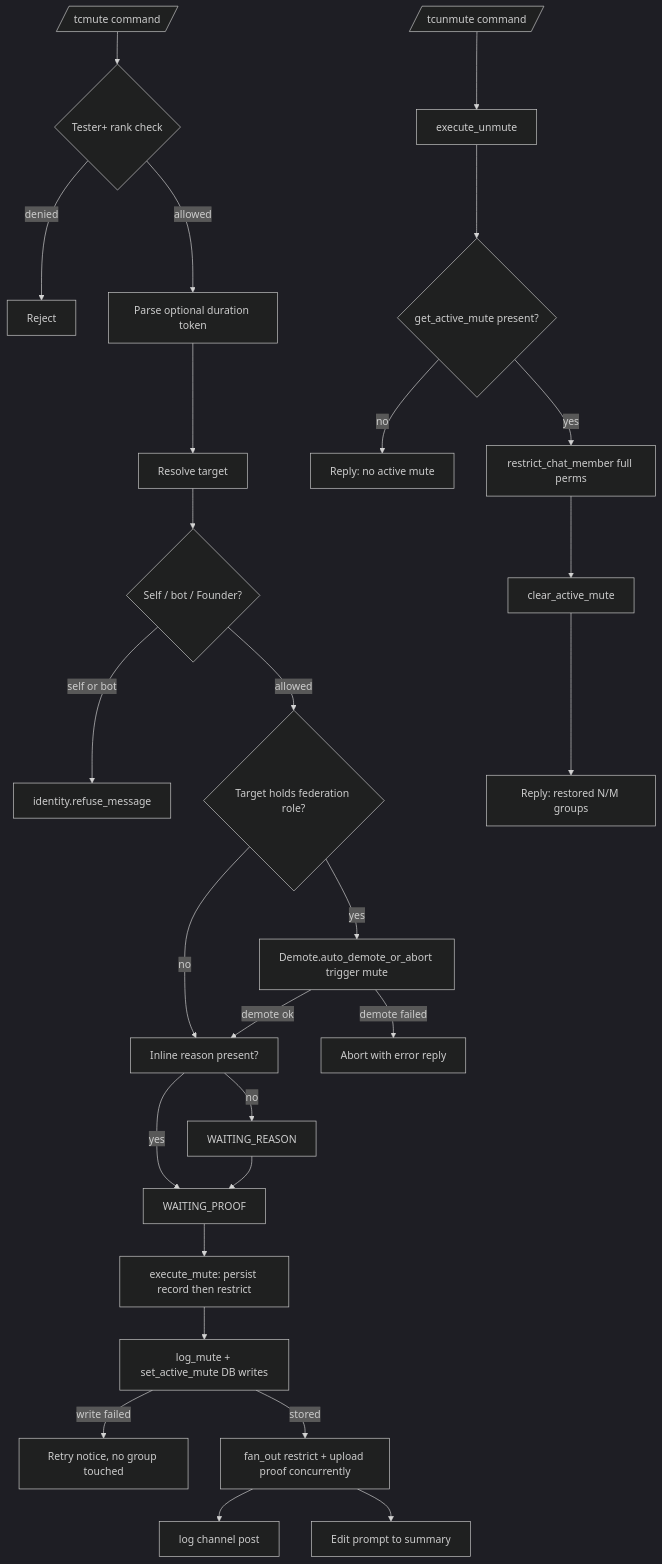
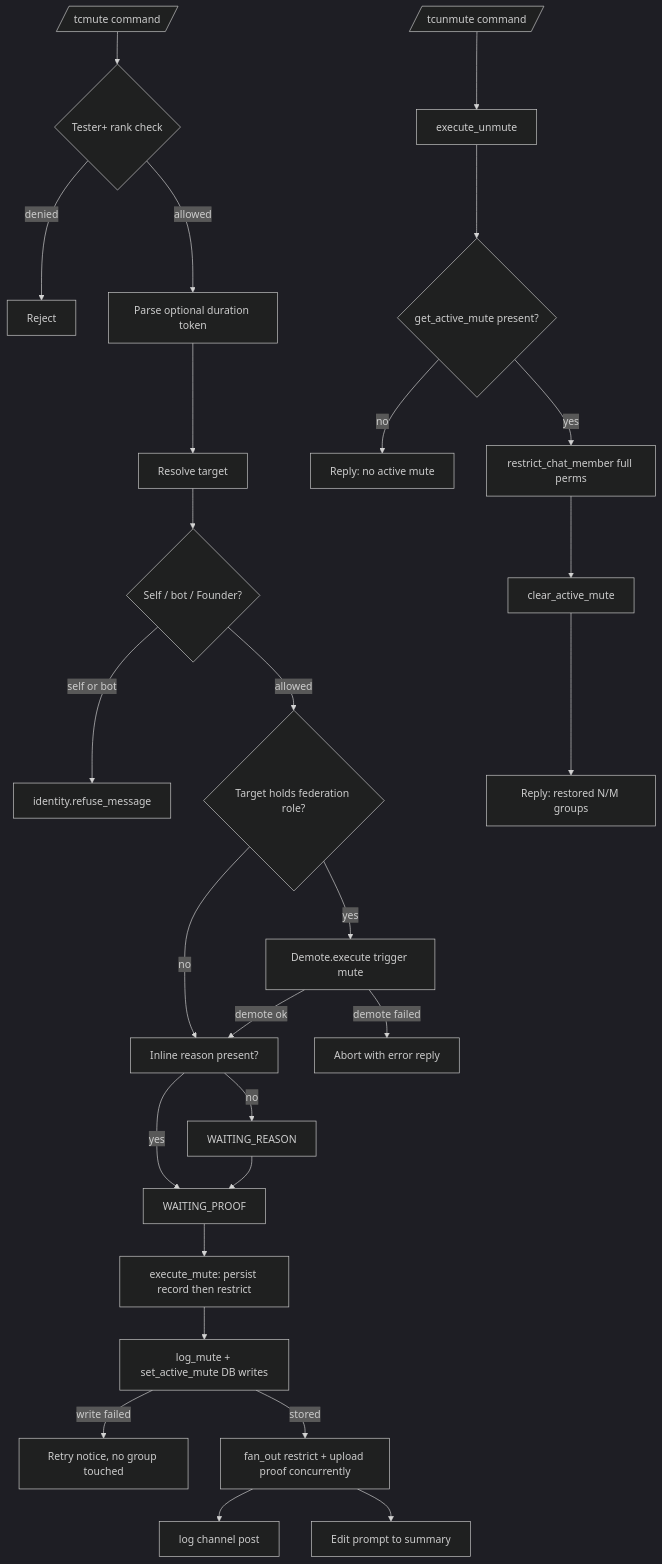
The diagram in docs/features/moderation/muting.md (D1ZZY4/tcbot), drawn with Mermaid (dark theme) before and after one commit. The commit also changed other lines of this file and 27 other files, not shown here.

````diff
--- a/docs/features/moderation/muting.md
+++ b/docs/features/moderation/muting.md
@@ -11,29 +11,29 @@
 ```mermaid
 flowchart TD
     Cmd[/tcmute command/] --> Perm{Tester+ rank check}
     Perm -->|denied| End1[Reject]
     Perm -->|allowed| Duration[Parse optional duration token]
     Duration --> Target[Resolve target]
     Target --> Ident{Self / bot / Founder?}
     Ident -->|self or bot| Refuse[identity.refuse_message]
     Ident -->|allowed| RoleCheck{Target holds federation role?}
-    RoleCheck -->|yes| AutoDemote[Demote.auto_demote_or_abort trigger mute]
+    RoleCheck -->|yes| AutoDemote[Demote.execute trigger mute]
     RoleCheck -->|no| ReasonStep
     AutoDemote -->|demote failed| Abort[Abort with error reply]
     AutoDemote -->|demote ok| ReasonStep[Inline reason present?]
     ReasonStep -->|yes| ProofStep[WAITING_PROOF]
     ReasonStep -->|no| ReasonPrompt[WAITING_REASON]
     ReasonPrompt --> ProofStep
     ProofStep --> Exec[execute_mute: persist record then restrict]
     Exec --> Store[log_mute + set_active_mute DB writes]
     Store -->|write failed| AbortM[Retry notice, no group touched]
     Store -->|stored| FanOut[fan_out restrict + upload proof concurrently]
     FanOut --> Log[log channel post]
     FanOut --> Reply[Edit prompt to summary]
     Unmute[/tcunmute command/] --> ExecU[execute_unmute]
     ExecU --> Guard{get_active_mute present?}
     Guard -->|no| NoMute[Reply: no active mute]
     Guard -->|yes| Restore[restrict_chat_member full perms]
     Restore --> Clear[clear_active_mute]
     Clear --> ReplyU[Reply: restored N/M groups]
 ```
````
